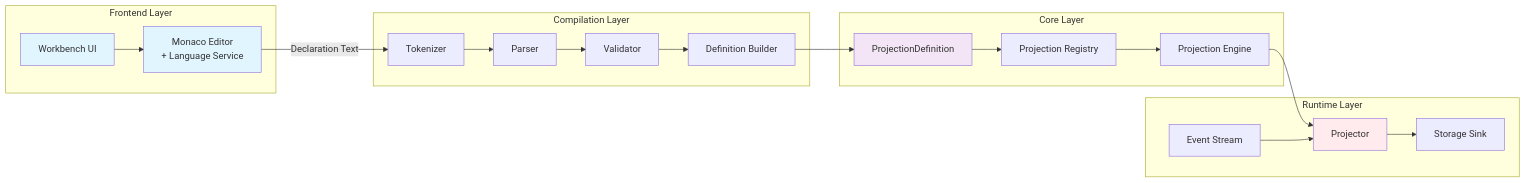
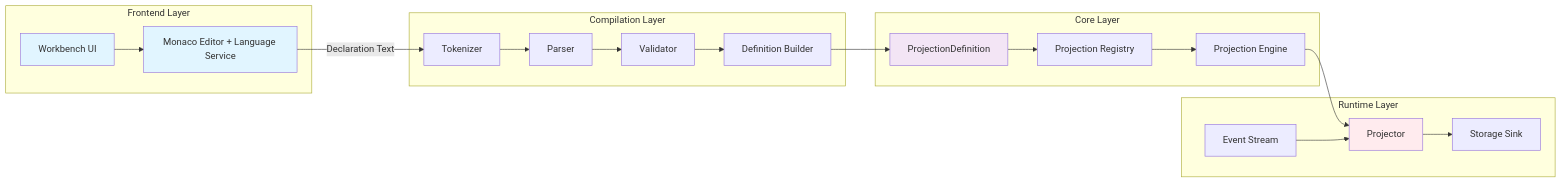
Before and after one commit to Cratis/Chronicle: the second of 3 diagrams in Documentation/projections/architecture.md, drawn with Mermaid. The commit also changed other lines of this file and 43 other files, not shown here.

````diff
--- a/Documentation/projections/architecture.md
+++ b/Documentation/projections/architecture.md
@@ -140,44 +140,44 @@
 ```mermaid
 graph LR
     subgraph Frontend["Frontend Layer"]
         Workbench["Workbench UI"]
-        MonacoEditor["Monaco Editor<br/>+ Language Service"]
+        MonacoEditor["Monaco Editor + Language Service"]
     end
 
     subgraph Compiler["Compilation Layer"]
         Tokenizer["Tokenizer"]
         Parser["Parser"]
         Validator["Validator"]
         DefBuilder["Definition Builder"]
     end
 
     subgraph Core["Core Layer"]
         Definition["ProjectionDefinition"]
         Registry["Projection Registry"]
         Engine["Projection Engine"]
     end
 
     subgraph Runtime["Runtime Layer"]
         EventStream["Event Stream"]
         Projector["Projector"]
         Sink["Storage Sink"]
     end
 
     Workbench --> MonacoEditor
     MonacoEditor --> |Declaration Text| Tokenizer
     Tokenizer --> Parser
     Parser --> Validator
     Validator --> DefBuilder
     DefBuilder --> Definition
     Definition --> Registry
     Registry --> Engine
     Engine --> Projector
     EventStream --> Projector
     Projector --> Sink
 
     style Workbench fill:#e1f5ff
     style MonacoEditor fill:#e1f5ff
     style Definition fill:#f3e5f5
     style Projector fill:#ffebee
 
 ```
````
